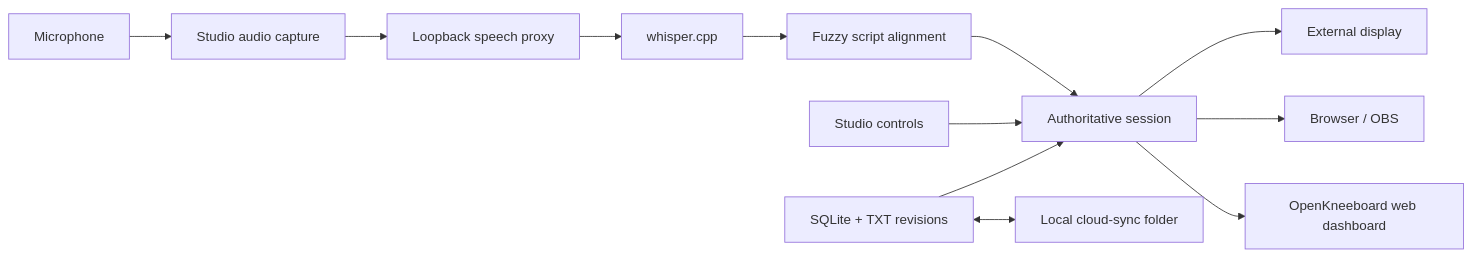
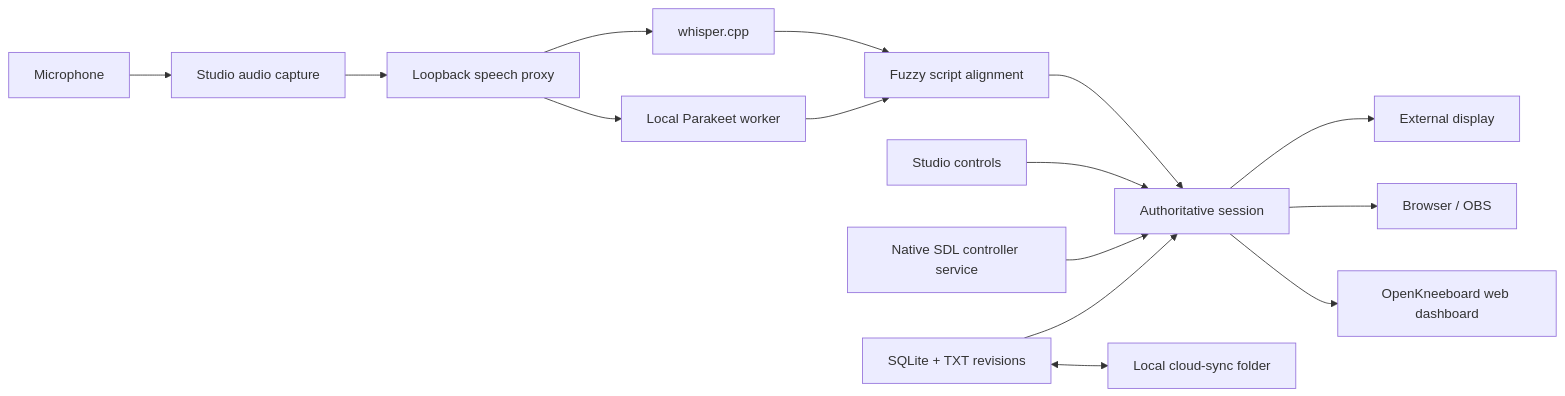
The diagram in docs/ARCHITECTURE.md (DSuzuki35/PRMTA), drawn with Mermaid before and after one commit. The commit also changed other lines of this file and 55 other files, not shown here.

Commit message:
Release 0.3.1: background controllers and local Parakeet voice

````diff
--- a/docs/ARCHITECTURE.md
+++ b/docs/ARCHITECTURE.md
@@ -18,14 +18,17 @@
 ```mermaid
 flowchart LR
   Mic[Microphone] --> Capture[Studio audio capture]
   Capture --> Proxy[Loopback speech proxy]
   Proxy --> Whisper[whisper.cpp]
+  Proxy --> Parakeet[Local Parakeet worker]
   Whisper --> Align[Fuzzy script alignment]
+  Parakeet --> Align
   Align --> Session[Authoritative session]
   Studio[Studio controls] --> Session
+  Controller[Native SDL controller service] --> Session
   Session --> Display[External display]
   Session --> Browser[Browser / OBS]
   Session --> VR[OpenKneeboard web dashboard]
   Library[SQLite + TXT revisions] --> Session
   Library <--> Folder[Local cloud-sync folder]
 ```
````
